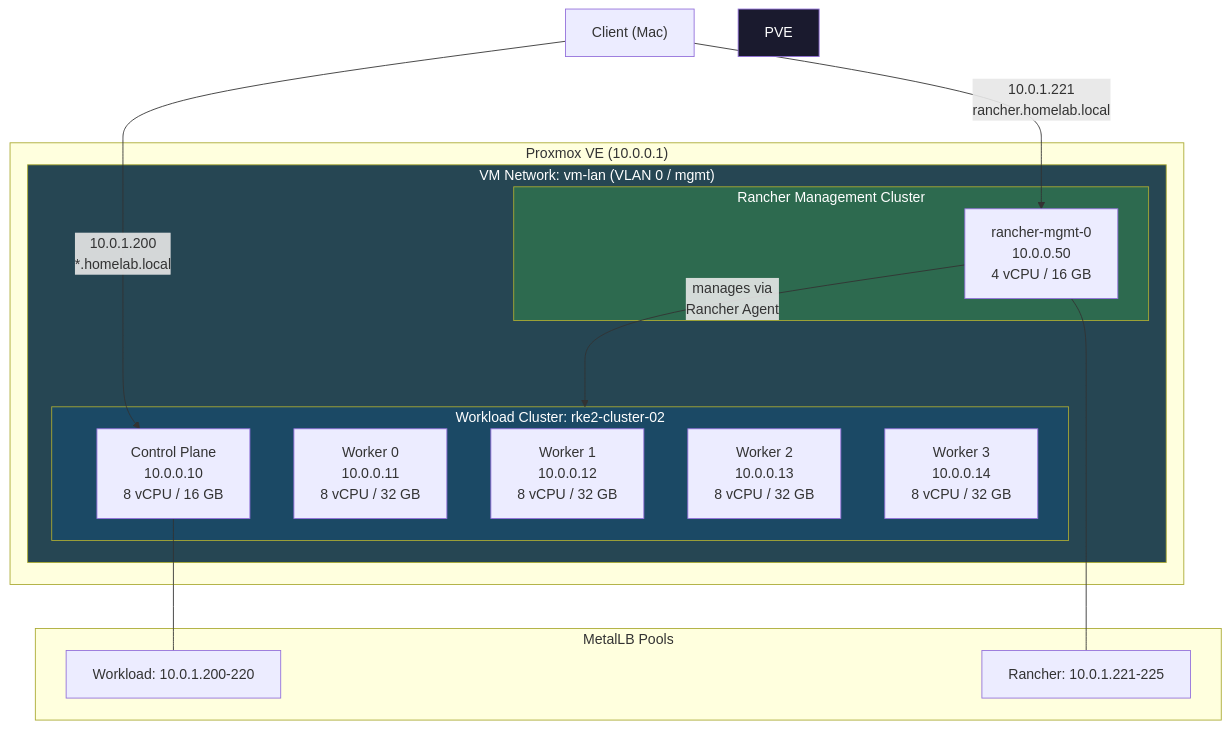
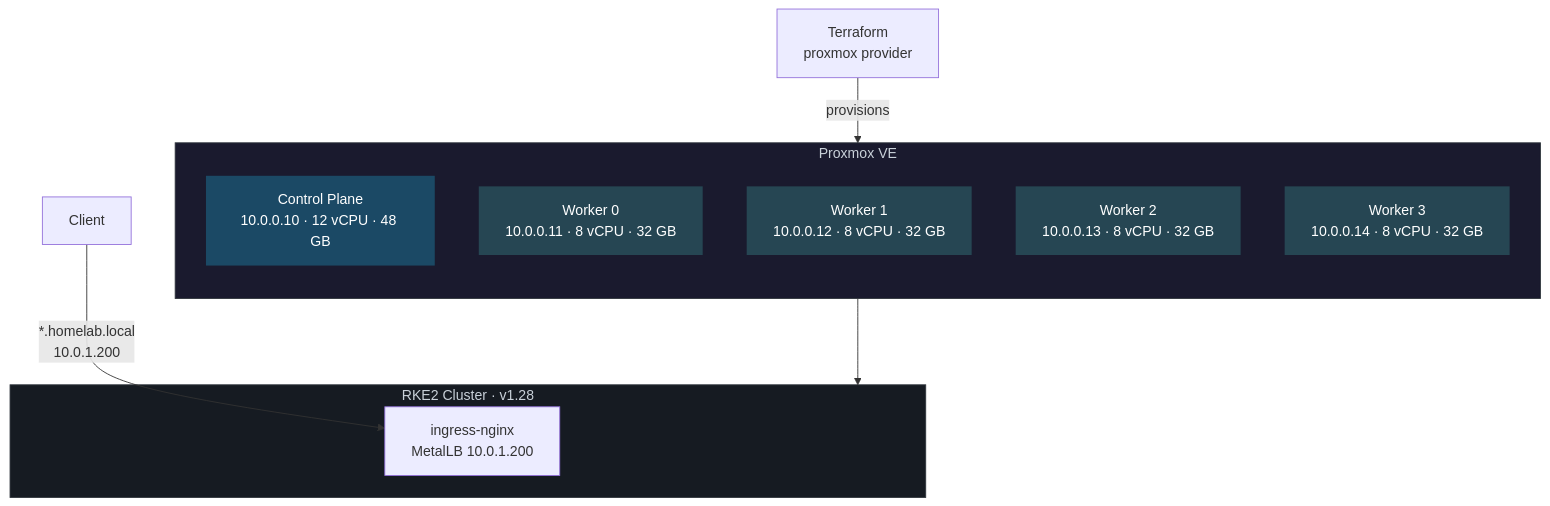
One commit to kratos81/production-homelab changed the first of 6 diagrams in README.md. Above: the diagram before and after it, drawn with Mermaid. The commit also changed other lines of this file, not shown here.

Commit message:
Redesign architecture diagrams for Proxmox VE

````diff
--- a/README.md
+++ b/README.md
@@ -170,36 +170,29 @@
 ```mermaid
 graph TB
-    subgraph Proxmox["Proxmox VE (10.0.0.1)"]
-        subgraph Network["VM Network: vm-lan (VLAN 0 / mgmt)"]
-            subgraph Rancher["Rancher Management Cluster"]
-                RM0["rancher-mgmt-0<br/>10.0.0.50<br/>4 vCPU / 16 GB"]
-            end
-
-            subgraph Cluster02["Workload Cluster: rke2-cluster-02"]
-                CP0["Control Plane<br/>10.0.0.10<br/>8 vCPU / 16 GB"]
-                W0["Worker 0<br/>10.0.0.11<br/>8 vCPU / 32 GB"]
-                W1["Worker 1<br/>10.0.0.12<br/>8 vCPU / 32 GB"]
-                W2["Worker 2<br/>10.0.0.13<br/>8 vCPU / 32 GB"]
-                W3["Worker 3<br/>10.0.0.14<br/>8 vCPU / 32 GB"]
-            end
-        end
+    subgraph Hypervisor["Proxmox VE"]
+        direction TB
+        CP["Control Plane<br/>10.0.0.10 · 12 vCPU · 48 GB"]
+        W0["Worker 0<br/>10.0.0.11 · 8 vCPU · 32 GB"]
+        W1["Worker 1<br/>10.0.0.12 · 8 vCPU · 32 GB"]
+        W2["Worker 2<br/>10.0.0.13 · 8 vCPU · 32 GB"]
+        W3["Worker 3<br/>10.0.0.14 · 8 vCPU · 32 GB"]
     end
 
-    RM0 -->|"manages via<br/>Rancher Agent"| Cluster02
+    Terraform["Terraform<br/>proxmox provider"]
+    Client["Client"] -->|"*.homelab.local<br/>10.0.1.200"| Ingress
+    Terraform -->|"provisions"| Hypervisor
 
-    Client["Client (Mac)"] -->|"10.0.1.221<br/>rancher.homelab.local"| RM0
-    Client -->|"10.0.1.200<br/>*.homelab.local"| CP0
-
-    subgraph LB["MetalLB Pools"]
-        Pool1["Workload: 10.0.1.200-220"]
-        Pool2["Rancher: 10.0.1.221-225"]
+    subgraph K8s["RKE2 Cluster · v1.28"]
+        Ingress["ingress-nginx<br/>MetalLB 10.0.1.200"]
     end
 
-    CP0 --- Pool1
-    RM0 --- Pool2
+    Hypervisor --> K8s
 
-    style PVE fill:#1a1a2e,color:#fff
-    style Rancher fill:#2d6a4f,color:#fff
-    style Cluster02 fill:#1b4965,color:#fff
-    style Network fill:#264653,color:#fff
+    style Hypervisor fill:#1a1a2e,color:#c9d1d9,stroke:#30363d
+    style K8s fill:#161b22,color:#c9d1d9,stroke:#30363d
+    style CP fill:#1b4965,color:#fff,stroke:none
+    style W0 fill:#264653,color:#fff,stroke:none
+    style W1 fill:#264653,color:#fff,stroke:none
+    style W2 fill:#264653,color:#fff,stroke:none
+    style W3 fill:#264653,color:#fff,stroke:none
 ```
````
